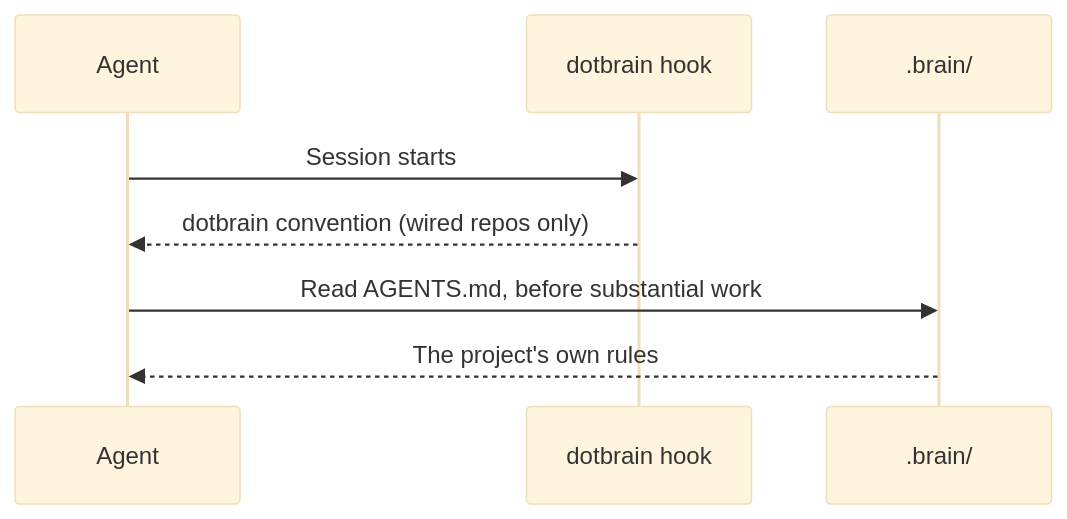
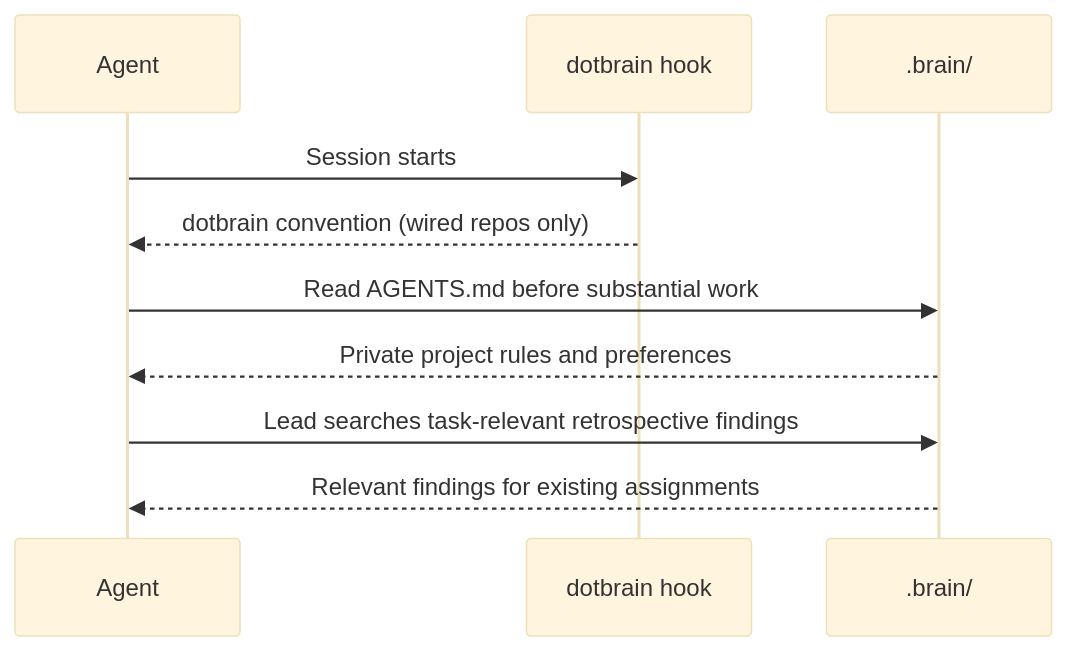
One commit to arminzou/dotbrain changed the diagram in docs/session-context.md. Above: the diagram before and after it, drawn with Mermaid (base theme). The commit also changed other lines of this file and 71 other files, not shown here.

````diff
--- a/docs/session-context.md
+++ b/docs/session-context.md
@@ -8,11 +8,13 @@
 ```mermaid
 sequenceDiagram
   accTitle: What an agent loads when a session starts
   participant A as Agent
   participant D as dotbrain hook
   participant B as .brain/
   A->>D: Session starts
   D-->>A: dotbrain convention (wired repos only)
-  A->>B: Read AGENTS.md, before substantial work
-  B-->>A: The project's own rules
+  A->>B: Read AGENTS.md before substantial work
+  B-->>A: Private project rules and preferences
+  A->>B: Lead searches task-relevant retrospective findings
+  B-->>A: Relevant findings for existing assignments
 ```
````
